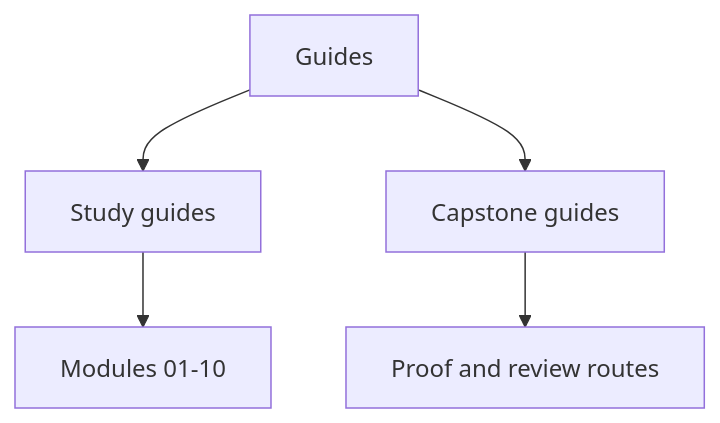
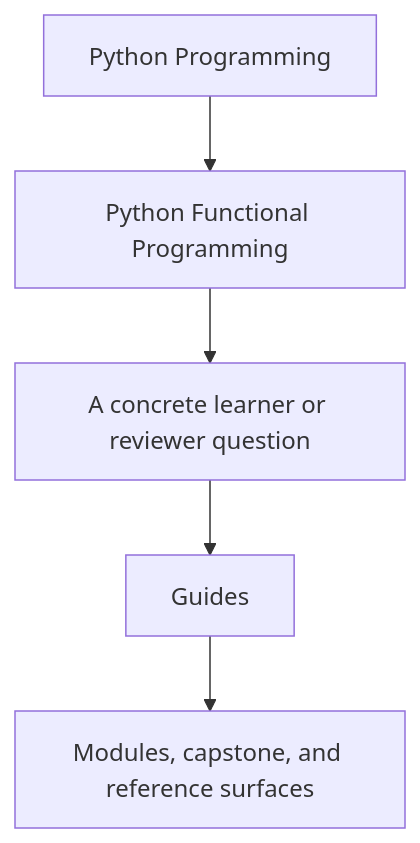
Before and after one commit to bijux/bijux-masterclass: the first of 2 diagrams in programs/python-programming/python-functional-programming/course-book/guides/index.md, drawn with Mermaid. The commit also changed other lines of this file and 3 other files, not shown here.

Commit message:
docs(python-functional-programming): reframe course-book entry diagrams

````diff
--- a/programs/python-programming/python-functional-programming/course-book/guides/index.md
+++ b/programs/python-programming/python-functional-programming/course-book/guides/index.md
@@ -7,7 +7,7 @@
 ```mermaid
-graph TD
-  hub["Guides"] --> study["Study guides"]
-  hub --> capstone["Capstone guides"]
-  study --> modules["Modules 01-10"]
-  capstone --> proof["Proof and review routes"]
+flowchart TD
+  family["Python Programming"] --> program["Python Functional Programming"]
+  program --> pressure["A concrete learner or reviewer question"]
+  pressure --> guide["Guides"]
+  guide --> next["Modules, capstone, and reference surfaces"]
 ```
````
